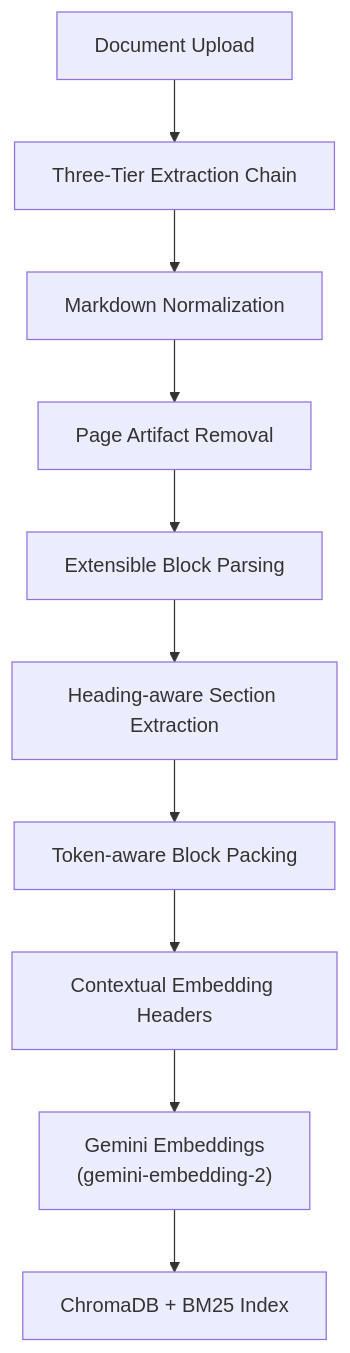
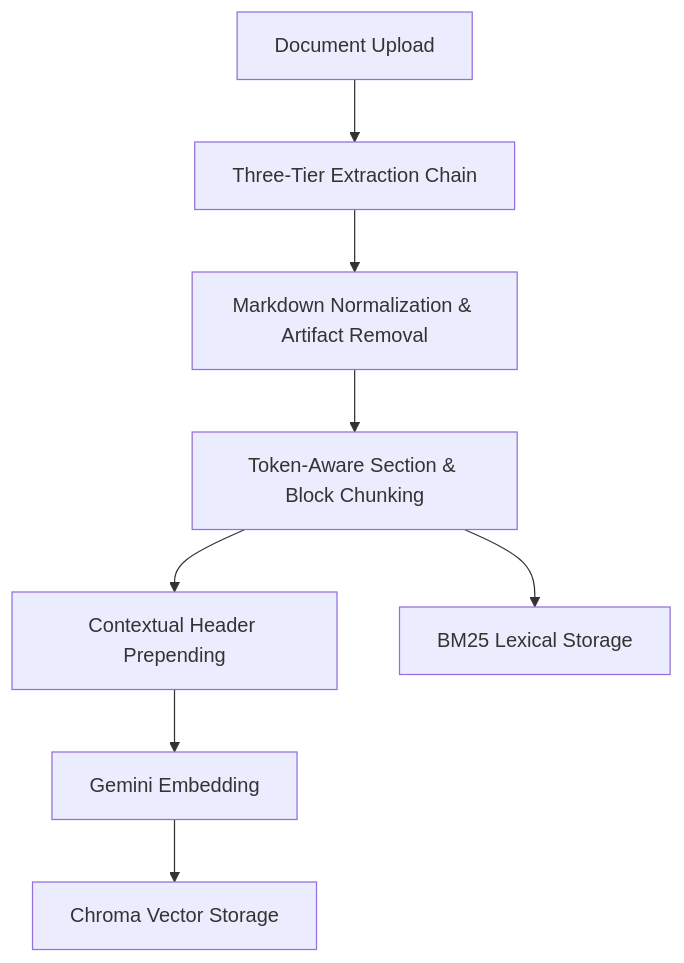
The second of 4 diagrams in backend/README.md (SmartDocQ/SmartDocQ), drawn with Mermaid before and after one commit. The commit also changed other lines of this file and 14 other files, not shown here.

````diff
--- a/backend/README.md
+++ b/backend/README.md
@@ -124,12 +162,10 @@
 ```mermaid
 graph TD
-    Upload["Document Upload"] --> Ext["Three-Tier Extraction Chain"]
-    Ext --> Normal["Markdown Normalization"]
-    Normal --> Cleanup["Page Artifact Removal"]
-    Cleanup --> Parse["Extensible Block Parsing"]
-    Parse --> Section["Heading-aware Section Extraction"]
-    Section --> Chunker["Token-aware Block Packing"]
-    Chunker --> Headers["Contextual Embedding Headers"]
-    Headers --> Embed["Gemini Embeddings\n(gemini-embedding-2)"]
-    Embed --> Index["ChromaDB + BM25 Index"]
+    Upload[Document Upload] --> Extraction[Three-Tier Extraction Chain]
+    Extraction --> Normalization[Markdown Normalization & Artifact Removal]
+    Normalization --> Chunker[Token-Aware Section & Block Chunking]
+    Chunker --> Context[Contextual Header Prepending]
+    Context --> Embed[Gemini Embedding]
+    Embed --> Chroma[Chroma Vector Storage]
+    Chunker --> BM25[BM25 Lexical Storage]
 ```
````
